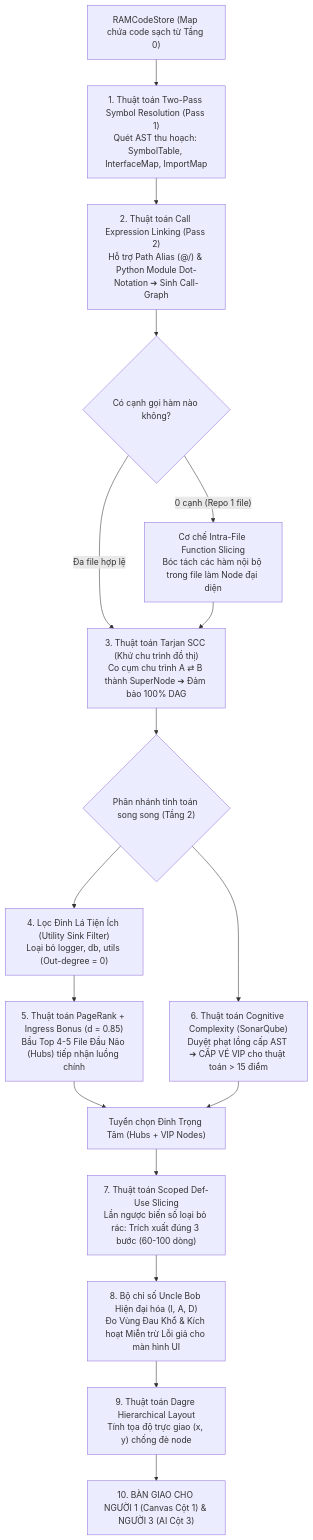
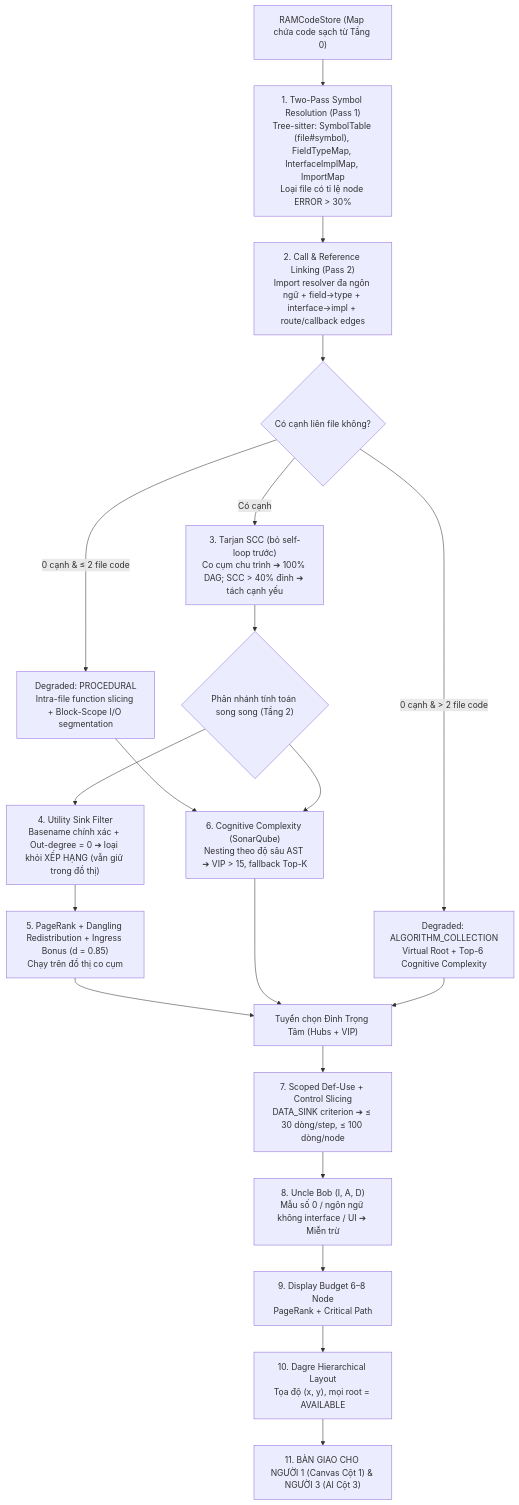
The diagram in 01_ENGINE_THUAT_TOAN/02_AST_SLICING_GRAPH.md (huynhthanhnhannnh-pixel/Hackathon_SGU), drawn with Mermaid before and after one commit. The commit also changed other lines of this file and 11 other files, not shown here.

````diff
--- a/01_ENGINE_THUAT_TOAN/02_AST_SLICING_GRAPH.md
+++ b/01_ENGINE_THUAT_TOAN/02_AST_SLICING_GRAPH.md
@@ -24,32 +24,33 @@
 ```mermaid
 flowchart TD
-    StoreRAM["RAMCodeStore (Map chứa code sạch từ Tầng 0)"] --> Pass1["1. Thuật toán Two-Pass Symbol Resolution (Pass 1)<br/>Quét AST thu hoạch: SymbolTable, InterfaceMap, ImportMap"]
-    
-    Pass1 --> Pass2["2. Thuật toán Call Expression Linking (Pass 2)<br/>Hỗ trợ Path Alias (@/) & Python Module Dot-Notation ➔ Sinh Call-Graph"]
+    StoreRAM["RAMCodeStore (Map chứa code sạch từ Tầng 0)"] --> Pass1["1. Two-Pass Symbol Resolution (Pass 1)<br/>Tree-sitter: SymbolTable (file#symbol), FieldTypeMap, InterfaceImplMap, ImportMap<br/>Loại file có tỉ lệ node ERROR > 30%"]
 
-    Pass2 --> CheckEdges{"Có cạnh gọi hàm nào không?"}
-    CheckEdges -- "0 cạnh (Repo 1 file)" --> IntraFallback["Cơ chế Intra-File Function Slicing<br/>Bóc tách các hàm nội bộ trong file làm Node đại diện"]
-    CheckEdges -- "Đa file hợp lệ" --> AlgTarjan["3. Thuật toán Tarjan SCC (Khử chu trình đồ thị)<br/>Co cụm chu trình A ⇄ B thành SuperNode ➔ Đảm bảo 100% DAG"]
+    Pass1 --> Pass2["2. Call & Reference Linking (Pass 2)<br/>Import resolver đa ngôn ngữ + field→type + interface→impl + route/callback edges"]
 
-    IntraFallback --> AlgTarjan
+    Pass2 --> CheckEdges{"Có cạnh liên file không?"}
+    CheckEdges -- "0 cạnh & ≤ 2 file code" --> Procedural["Degraded: PROCEDURAL<br/>Intra-file function slicing + Block-Scope I/O segmentation"]
+    CheckEdges -- "0 cạnh & > 2 file code" --> AlgoCollection["Degraded: ALGORITHM_COLLECTION<br/>Virtual Root + Top-6 Cognitive Complexity"]
+    CheckEdges -- "Có cạnh" --> AlgTarjan["3. Tarjan SCC (bỏ self-loop trước)<br/>Co cụm chu trình ➔ 100% DAG; SCC > 40% đỉnh ➔ tách cạnh yếu"]
 
+    Procedural --> AlgCognitive
     AlgTarjan --> BranchT2{"Phân nhánh tính toán song song (Tầng 2)"}
 
-    %% Nhánh PageRank
-    BranchT2 --> AlgSinkFilter["4. Lọc Đỉnh Lá Tiện Ích (Utility Sink Filter)<br/>Loại bỏ logger, db, utils (Out-degree = 0)"]
-    AlgSinkFilter --> AlgPageRank["5. Thuật toán PageRank + Ingress Bonus (d = 0.85)<br/>Bầu Top 4-5 File Đầu Não (Hubs) tiếp nhận luồng chính"]
+    BranchT2 --> AlgSinkFilter["4. Utility Sink Filter<br/>Basename chính xác + Out-degree = 0 ➔ loại khỏi XẾP HẠNG (vẫn giữ trong đồ thị)"]
+    AlgSinkFilter --> AlgPageRank["5. PageRank + Dangling Redistribution + Ingress Bonus (d = 0.85)<br/>Chạy trên đồ thị co cụm"]
 
-    %% Nhánh Cognitive Complexity
-    BranchT2 --> AlgCognitive["6. Thuật toán Cognitive Complexity (SonarQube)<br/>Duyệt phạt lồng cấp AST ➔ CẤP VÉ VIP cho thuật toán > 15 điểm"]
+    BranchT2 --> AlgCognitive["6. Cognitive Complexity (SonarQube)<br/>Nesting theo độ sâu AST ➔ VIP > 15, fallback Top-K"]
 
-    AlgPageRank --> MergeSelection["Tuyển chọn Đỉnh Trọng Tâm (Hubs + VIP Nodes)"]
+    AlgPageRank --> MergeSelection["Tuyển chọn Đỉnh Trọng Tâm (Hubs + VIP)"]
     AlgCognitive --> MergeSelection
+    AlgoCollection --> MergeSelection
 
-    MergeSelection --> AlgSlicing["7. Thuật toán Scoped Def-Use Slicing<br/>Lần ngược biến số loại bỏ rác: Trích xuất đúng 3 bước (60-100 dòng)"]
+    MergeSelection --> AlgSlicing["7. Scoped Def-Use + Control Slicing<br/>DATA_SINK criterion ➔ ≤ 30 dòng/step, ≤ 100 dòng/node"]
 
-    AlgSlicing --> AlgUncleBob["8. Bộ chỉ số Uncle Bob Hiện đại hóa (I, A, D)<br/>Đo Vùng Đau Khổ & Kích hoạt Miễn trừ Lỗi giả cho màn hình UI"]
+    AlgSlicing --> AlgUncleBob["8. Uncle Bob (I, A, D)<br/>Mẫu số 0 / ngôn ngữ không interface / UI ➔ Miễn trừ"]
 
-    AlgUncleBob --> AlgDagre["9. Thuật toán Dagre Hierarchical Layout<br/>Tính tọa độ trực giao (x, y) chống đè node"]
+    AlgUncleBob --> AlgBudget["9. Display Budget 6–8 Node<br/>PageRank + Critical Path"]
 
-    AlgDagre --> RenderOutput["10. BÀN GIAO CHO NGƯỜI 1 (Canvas Cột 1) & NGƯỜI 3 (AI Cột 3)"]
+    AlgBudget --> AlgDagre["10. Dagre Hierarchical Layout<br/>Tọa độ (x, y), mọi root = AVAILABLE"]
+
+    AlgDagre --> RenderOutput["11. BÀN GIAO CHO NGƯỜI 1 (Canvas Cột 1) & NGƯỜI 3 (AI Cột 3)"]
 ```
````
